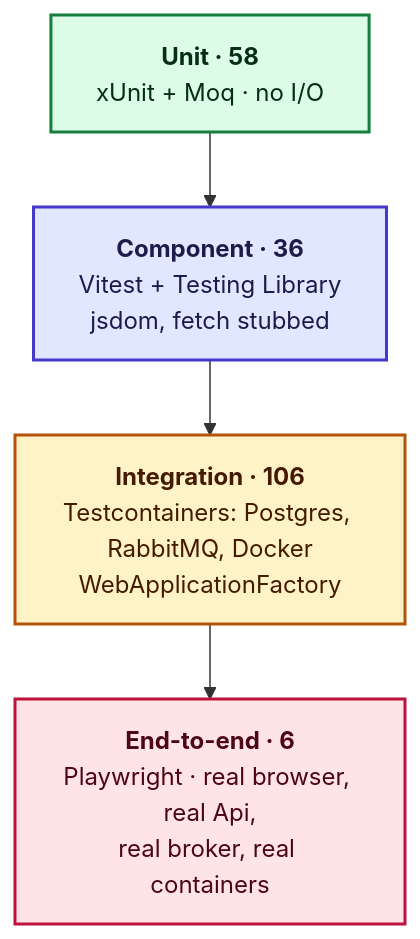
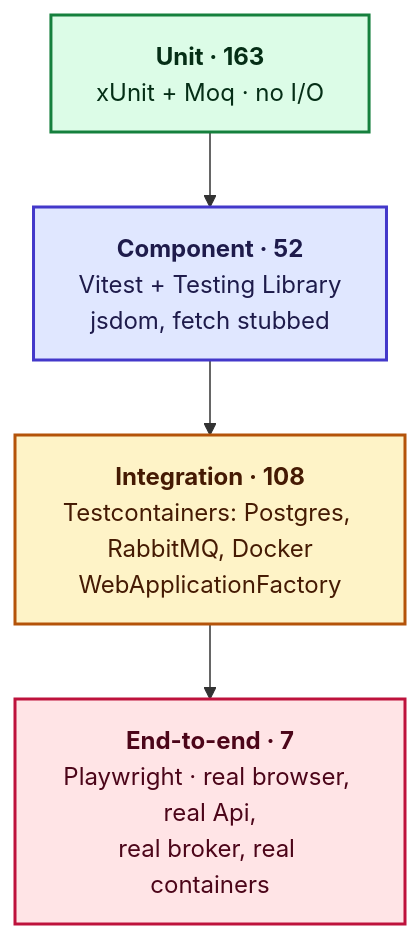
The first of 2 diagrams in docs/testing.md (simplifycodewithamir/dsa-practice-platform), drawn with Mermaid before and after one commit. The commit also changed other lines of this file and 45 other files, not shown here.

````diff
--- a/docs/testing.md
+++ b/docs/testing.md
@@ -13,14 +16,14 @@
 ```mermaid
 graph TB
-    e2e["<b>End-to-end · 6</b><br/>Playwright · real browser, real Api,<br/>real broker, real containers"]:::e2e
-    integ["<b>Integration · 106</b><br/>Testcontainers: Postgres, RabbitMQ, Docker<br/>WebApplicationFactory"]:::integ
-    comp["<b>Component · 36</b><br/>Vitest + Testing Library<br/>jsdom, fetch stubbed"]:::comp
-    unit["<b>Unit · 58</b><br/>xUnit + Moq · no I/O"]:::unit
+    e2e["<b>End-to-end · 7</b><br/>Playwright · real browser, real Api,<br/>real broker, real containers"]:::e2e
+    integ["<b>Integration · 108</b><br/>Testcontainers: Postgres, RabbitMQ, Docker<br/>WebApplicationFactory"]:::integ
+    comp["<b>Component · 52</b><br/>Vitest + Testing Library<br/>jsdom, fetch stubbed"]:::comp
+    unit["<b>Unit · 163</b><br/>xUnit + Moq · no I/O"]:::unit
 
     unit --> comp --> integ --> e2e
 
     classDef e2e fill:#ffe4e6,stroke:#be123c,stroke-width:2px,color:#4c0519
     classDef integ fill:#fef3c7,stroke:#b45309,stroke-width:2px,color:#451a03
     classDef comp fill:#e0e7ff,stroke:#4338ca,stroke-width:2px,color:#1e1b4b
     classDef unit fill:#dcfce7,stroke:#15803d,stroke-width:2px,color:#052e16
 ```
````
